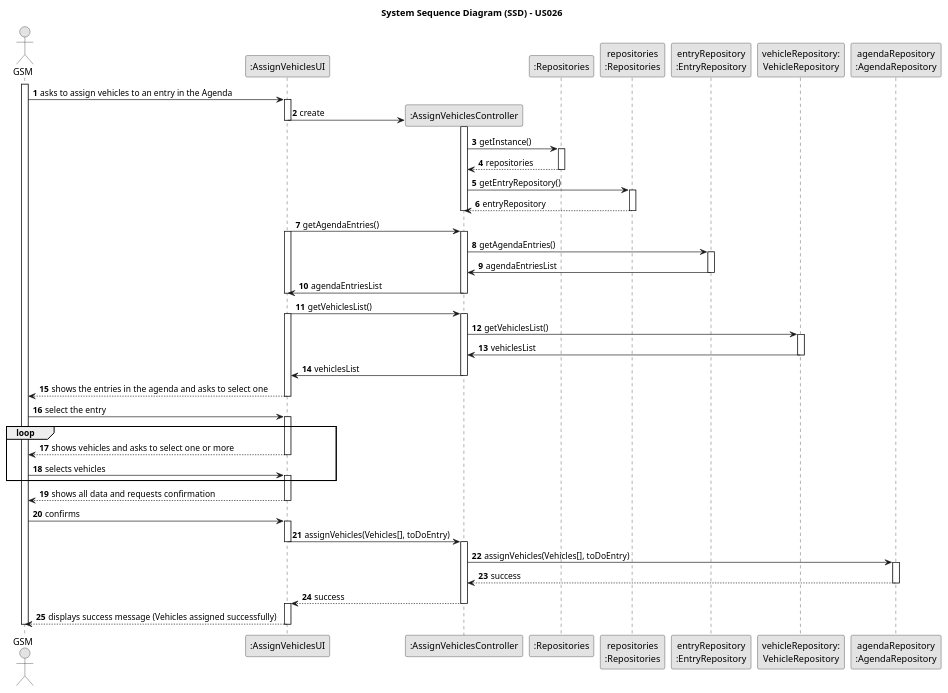
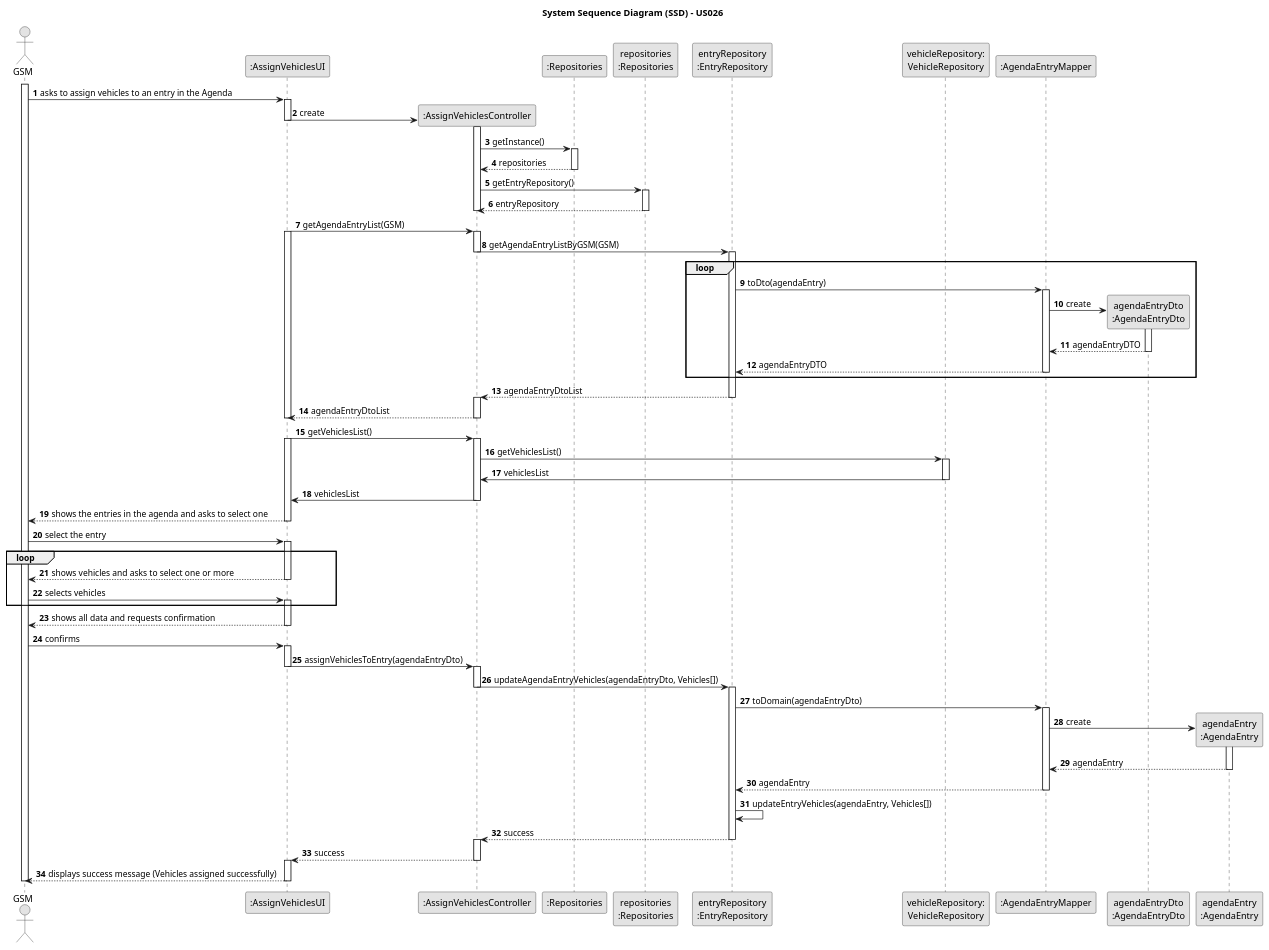
One commit to ricardomm7/leaflink changed the diagram in docs/sprintC/us026/03.design/puml/us026-sequence-diagram-full.puml. Above: the diagram before and after it, drawn with PlantUML.

Commit message:
#134 US026 design SSD update

```diff
--- a/docs/sprintC/us026/03.design/puml/us026-sequence-diagram-full.puml
+++ b/docs/sprintC/us026/03.design/puml/us026-sequence-diagram-full.puml
@@ -2,112 +2,148 @@
 @startuml
 skinparam monochrome true
 skinparam packageStyle rectangle
 skinparam shadowing false
 
 title System Sequence Diagram (SSD) - US026
 
 autonumber
 
 actor "GSM" as GSM
 participant ":AssignVehiclesUI" as UI
 participant ":AssignVehiclesController" as CTRL
 participant ":Repositories" as RepositorySingleton
 participant "repositories\n:Repositories" as PLAT
-participant "entryRepository\n:EntryRepository" as EntryRepository
+participant "entryRepository\n:EntryRepository" as EntryRepo
 participant "vehicleRepository:\nVehicleRepository" as VehicleRepository
-participant "agendaRepository\n:AgendaRepository" as AgendaRepository
+participant ":AgendaEntryMapper" as AgendaEntryMapper
+participant "agendaEntryDto\n:AgendaEntryDto" as AgendaEntryDto
+participant "agendaEntry\n:AgendaEntry" as AgendaEntry
 
 activate GSM
 
     GSM -> UI : asks to assign vehicles to an entry in the Agenda
     activate UI
 
         UI -> CTRL** : create
         deactivate UI
                 activate CTRL
 
                     CTRL -> RepositorySingleton : getInstance()
                     activate RepositorySingleton
 
                         RepositorySingleton --> CTRL : repositories
                     deactivate RepositorySingleton
 
                     CTRL -> PLAT : getEntryRepository()
                     activate PLAT
 
                         PLAT --> CTRL : entryRepository
                     deactivate PLAT
 
                      deactivate CTRL
 
                 deactivate UI
 
-        UI -> CTRL : getAgendaEntries()
-                activate UI
-                activate CTRL
+        UI -> CTRL: getAgendaEntryList(GSM)
+                        activate UI
+                        activate CTRL
 
-                CTRL -> EntryRepository : getAgendaEntries()
-                activate EntryRepository
+                            CTRL -> EntryRepo: getAgendaEntryListByGSM(GSM)
+                            deactivate CTRL
+                            activate EntryRepo
 
-                EntryRepository -> CTRL : agendaEntriesList
-                deactivate EntryRepository
+                            loop
 
-                CTRL -> UI : agendaEntriesList
-                deactivate CTRL
-                deactivate UI
+                            EntryRepo -> AgendaEntryMapper : toDto(agendaEntry)
+                            activate AgendaEntryMapper
+
+                                AgendaEntryMapper -> AgendaEntryDto** : create
+                                activate AgendaEntryDto
+
+                                AgendaEntryDto --> AgendaEntryMapper : agendaEntryDTO
+                                deactivate AgendaEntryDto
+
+                            AgendaEntryMapper --> EntryRepo : agendaEntryDTO
+                            deactivate AgendaEntryMapper
+                            end
+
+                            EntryRepo --> CTRL : agendaEntryDtoList
+                            deactivate EntryRepo
+                            activate CTRL
+
+                        CTRL --> UI : agendaEntryDtoList
+                        deactivate CTRL
+                        deactivate UI
 
         UI -> CTRL : getVehiclesList()
                 activate UI
                 activate CTRL
 
                 CTRL -> VehicleRepository : getVehiclesList()
                 activate VehicleRepository
 
                 VehicleRepository -> CTRL : vehiclesList
                 deactivate VehicleRepository
 
                 CTRL -> UI : vehiclesList
                 deactivate CTRL
 
     UI --> GSM : shows the entries in the agenda and asks to select one
         deactivate UI
 
     GSM -> UI : select the entry
     activate UI
 
     loop
 
     UI --> GSM : shows vehicles and asks to select one or more
     deactivate UI
 
     GSM -> UI: selects vehicles
     activate UI
 
     end loop
 
     UI --> GSM : shows all data and requests confirmation
     deactivate UI
 
     GSM -> UI: confirms
     activate UI
 
-        UI -> CTRL : assignVehicles(Vehicles[], toDoEntry)
-        deactivate UI
-        activate CTRL
+        UI -> CTRL : assignVehiclesToEntry(agendaEntryDto)
+                        deactivate UI
+                        activate CTRL
 
-        CTRL -> AgendaRepository : assignVehicles(Vehicles[], toDoEntry)
-        activate AgendaRepository
 
-        AgendaRepository --> CTRL: success
-        deactivate AgendaRepository
+                            CTRL -> EntryRepo : updateAgendaEntryVehicles(agendaEntryDto, Vehicles[])
+                            deactivate CTRL
+                            activate EntryRepo
+
+                            EntryRepo -> AgendaEntryMapper : toDomain(agendaEntryDto)
+                            activate AgendaEntryMapper
+
+                                AgendaEntryMapper -> AgendaEntry** : create
+                                activate AgendaEntry
+
+                                AgendaEntry --> AgendaEntryMapper : agendaEntry
+                                deactivate AgendaEntry
+
+                            AgendaEntryMapper --> EntryRepo : agendaEntry
+                            deactivate AgendaEntryMapper
+
+                                EntryRepo -> EntryRepo : updateEntryVehicles(agendaEntry, Vehicles[])
+
+                            EntryRepo --> CTRL : success
+                            deactivate EntryRepo
+                            activate CTRL
 
         CTRL --> UI : success
         deactivate CTRL
         activate UI
 
     UI --> GSM : displays success message (Vehicles assigned successfully)
     deactivate UI
 
 deactivate GSM
 
 @enduml
```
